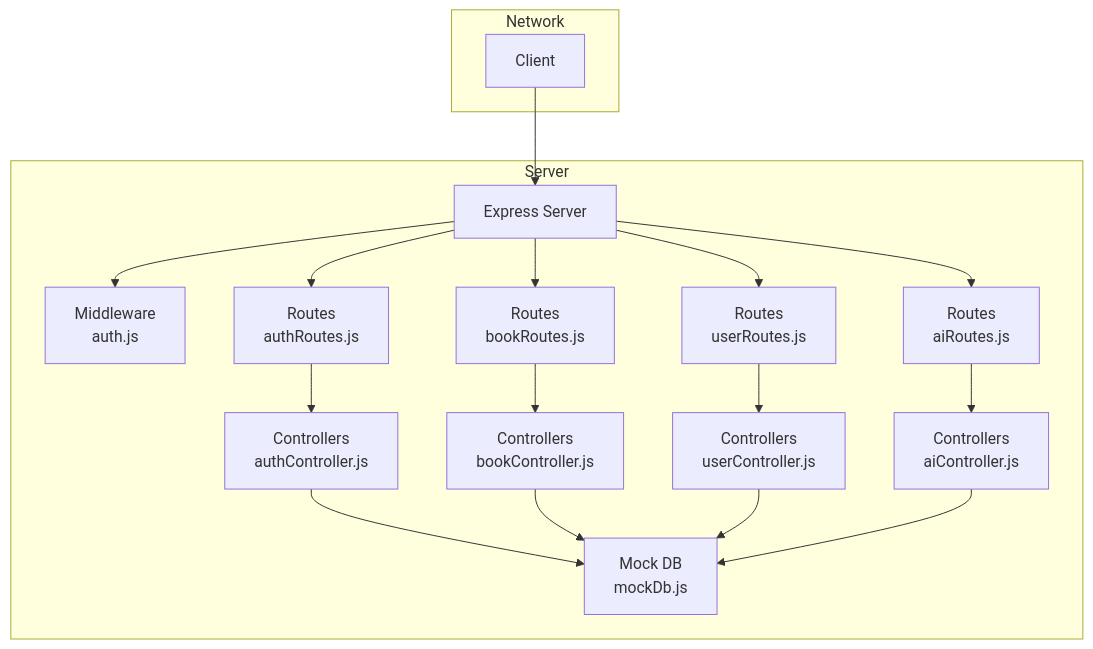
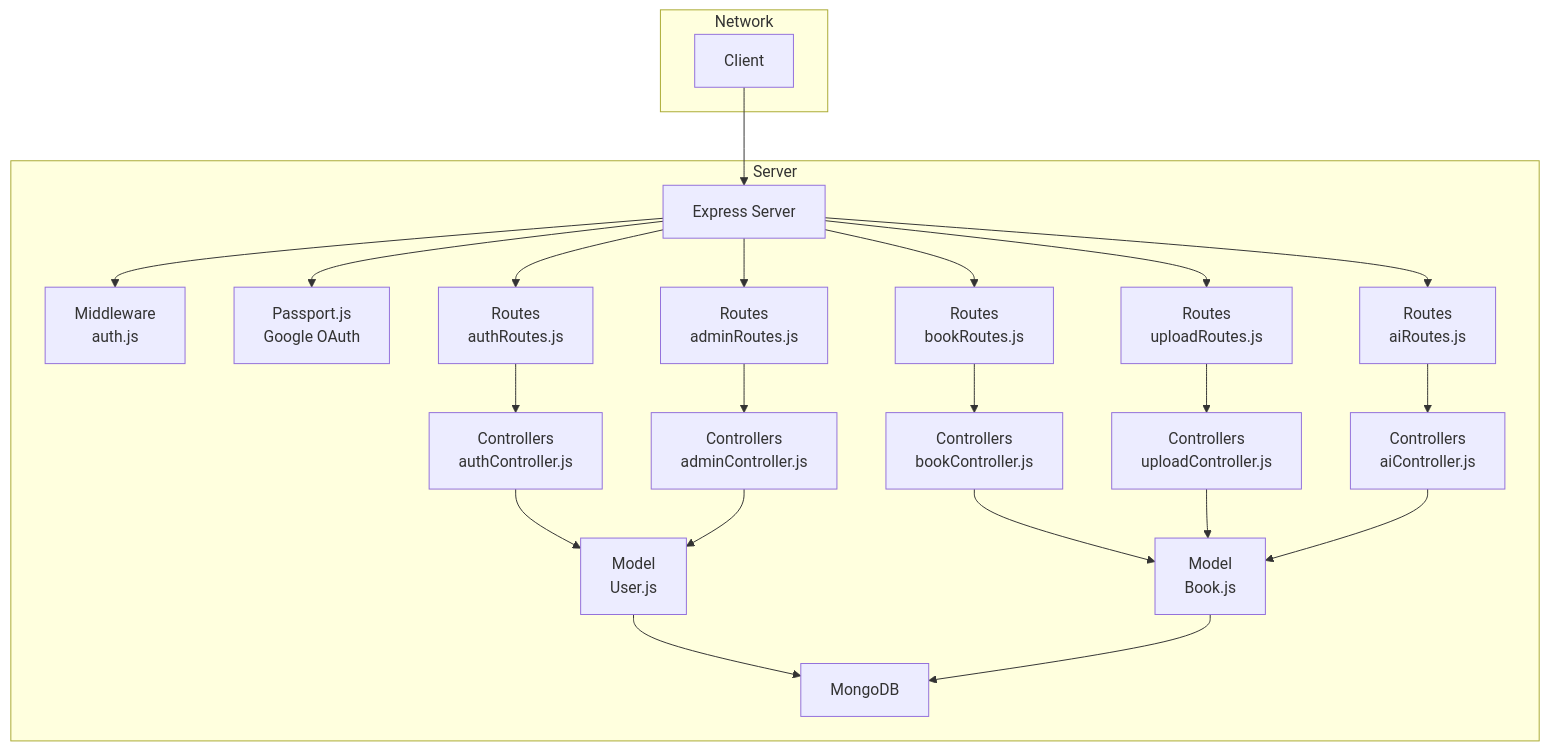
Before and after one commit to ganesh-NB/readsphere: the second of 5 diagrams in .qoder/repowiki/en/content/Backend API Documentation/Backend API Documentation.md, drawn with Mermaid. The commit also changed other lines of this file and 46 other files, not shown here.

````diff
--- a/.qoder/repowiki/en/content/Backend API Documentation/Backend API Documentation.md
+++ b/.qoder/repowiki/en/content/Backend API Documentation/Backend API Documentation.md
@@ -96,33 +109,44 @@
 ```mermaid
 graph TB
 subgraph "Network"
 U["Client"]
 end
 subgraph "Server"
 S["Express Server"]
 M["Middleware<br/>auth.js"]
+P["Passport.js<br/>Google OAuth"]
 R1["Routes<br/>authRoutes.js"]
-R2["Routes<br/>bookRoutes.js"]
-R3["Routes<br/>userRoutes.js"]
-R4["Routes<br/>aiRoutes.js"]
+R2["Routes<br/>adminRoutes.js"]
+R3["Routes<br/>bookRoutes.js"]
+R4["Routes<br/>uploadRoutes.js"]
+R5["Routes<br/>aiRoutes.js"]
 C1["Controllers<br/>authController.js"]
-C2["Controllers<br/>bookController.js"]
-C3["Controllers<br/>userController.js"]
-C4["Controllers<br/>aiController.js"]
-D["Mock DB<br/>mockDb.js"]
+C2["Controllers<br/>adminController.js"]
+C3["Controllers<br/>bookController.js"]
+C4["Controllers<br/>uploadController.js"]
+C5["Controllers<br/>aiController.js"]
+UModel["Model<br/>User.js"]
+BModel["Model<br/>Book.js"]
+DB["MongoDB"]
 end
 U --> S
 S --> M
+S --> P
 S --> R1
 S --> R2
 S --> R3
 S --> R4
+S --> R5
 R1 --> C1
 R2 --> C2
 R3 --> C3
 R4 --> C4
-C1 --> D
-C2 --> D
-C3 --> D
-C4 --> D
+R5 --> C5
+C1 --> UModel
+C2 --> UModel
+C3 --> BModel
+C4 --> BModel
+C5 --> BModel
+UModel --> DB
+BModel --> DB
 ```
````
